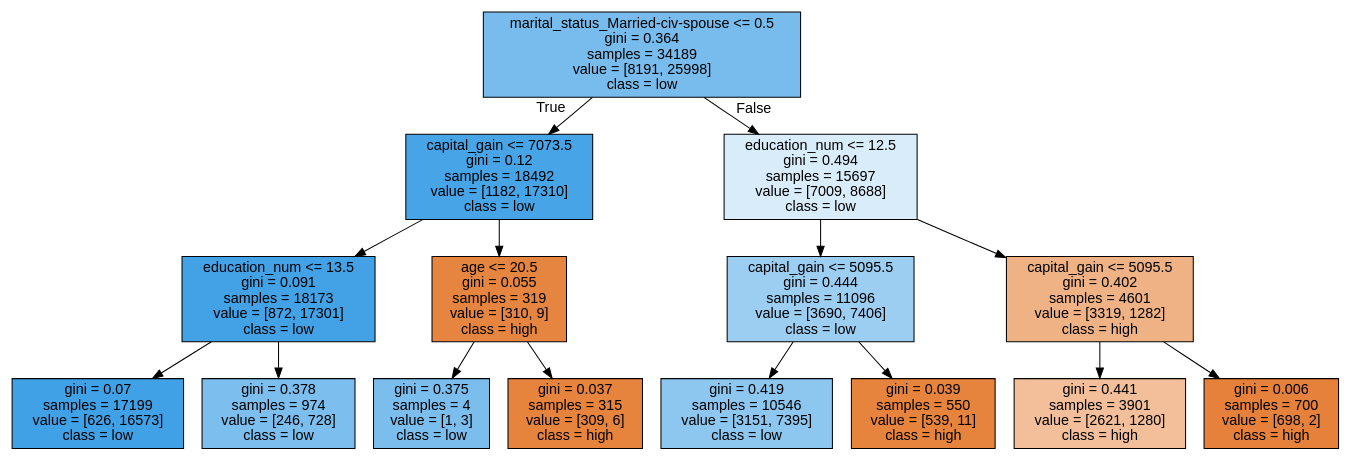
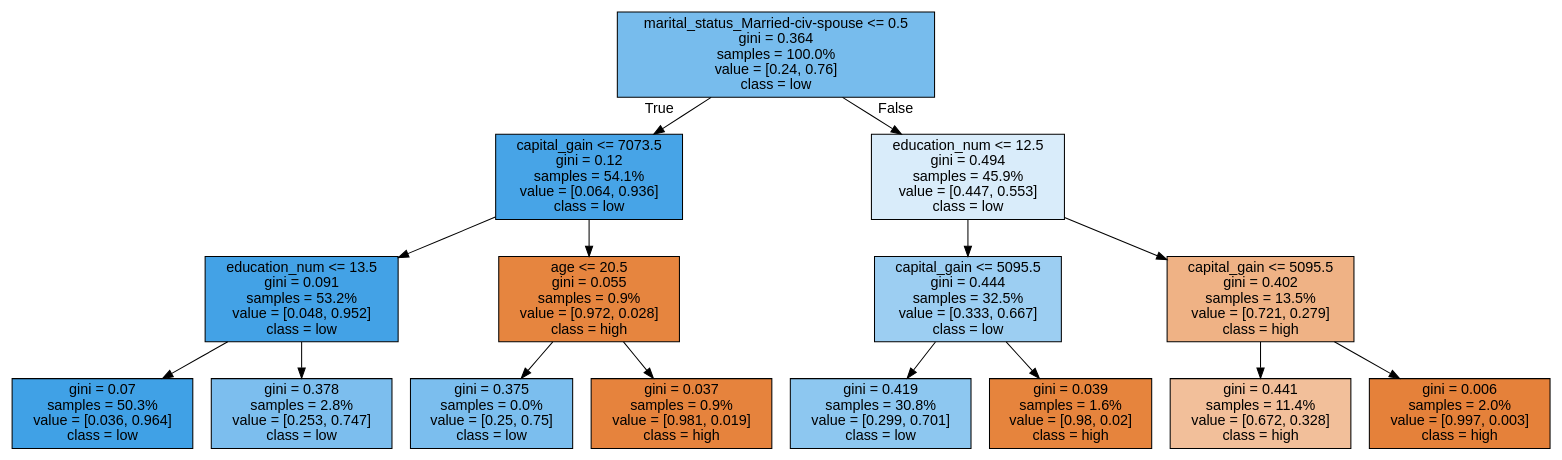
The diagram in 데이터스테이션수료/do_it파이썬/tree.dot (chlwldns00/ForDataAnalysis), drawn with Graphviz before and after one commit. The commit also changed 1 other file, not shown here.

```diff
--- a/데이터스테이션수료/do_it파이썬/tree.dot
+++ b/데이터스테이션수료/do_it파이썬/tree.dot
@@ -1,33 +1,33 @@
 digraph Tree {
 node [shape=box, style="filled", color="black", fontname="helvetica"] ;
 edge [fontname="helvetica"] ;
-0 [label="marital_status_Married-civ-spouse <= 0.5\ngini = 0.364\nsamples = 34189\nvalue = [8191, 25998]\nclass = low", fillcolor="#77bced"] ;
-1 [label="capital_gain <= 7073.5\ngini = 0.12\nsamples = 18492\nvalue = [1182, 17310]\nclass = low", fillcolor="#47a4e7"] ;
+0 [label="marital_status_Married-civ-spouse <= 0.5\ngini = 0.364\nsamples = 100.0%\nvalue = [0.24, 0.76]\nclass = low", fillcolor="#77bced"] ;
+1 [label="capital_gain <= 7073.5\ngini = 0.12\nsamples = 54.1%\nvalue = [0.064, 0.936]\nclass = low", fillcolor="#47a4e7"] ;
 0 -> 1 [labeldistance=2.5, labelangle=45, headlabel="True"] ;
-2 [label="education_num <= 13.5\ngini = 0.091\nsamples = 18173\nvalue = [872, 17301]\nclass = low", fillcolor="#43a2e6"] ;
+2 [label="education_num <= 13.5\ngini = 0.091\nsamples = 53.2%\nvalue = [0.048, 0.952]\nclass = low", fillcolor="#43a2e6"] ;
 1 -> 2 ;
-3 [label="gini = 0.07\nsamples = 17199\nvalue = [626, 16573]\nclass = low", fillcolor="#40a1e6"] ;
+3 [label="gini = 0.07\nsamples = 50.3%\nvalue = [0.036, 0.964]\nclass = low", fillcolor="#40a1e6"] ;
 2 -> 3 ;
-4 [label="gini = 0.378\nsamples = 974\nvalue = [246, 728]\nclass = low", fillcolor="#7cbeee"] ;
+4 [label="gini = 0.378\nsamples = 2.8%\nvalue = [0.253, 0.747]\nclass = low", fillcolor="#7cbeee"] ;
 2 -> 4 ;
-5 [label="age <= 20.5\ngini = 0.055\nsamples = 319\nvalue = [310, 9]\nclass = high", fillcolor="#e6853f"] ;
+5 [label="age <= 20.5\ngini = 0.055\nsamples = 0.9%\nvalue = [0.972, 0.028]\nclass = high", fillcolor="#e6853f"] ;
 1 -> 5 ;
-6 [label="gini = 0.375\nsamples = 4\nvalue = [1, 3]\nclass = low", fillcolor="#7bbeee"] ;
+6 [label="gini = 0.375\nsamples = 0.0%\nvalue = [0.25, 0.75]\nclass = low", fillcolor="#7bbeee"] ;
 5 -> 6 ;
-7 [label="gini = 0.037\nsamples = 315\nvalue = [309, 6]\nclass = high", fillcolor="#e6833d"] ;
+7 [label="gini = 0.037\nsamples = 0.9%\nvalue = [0.981, 0.019]\nclass = high", fillcolor="#e6833d"] ;
 5 -> 7 ;
-8 [label="education_num <= 12.5\ngini = 0.494\nsamples = 15697\nvalue = [7009, 8688]\nclass = low", fillcolor="#d9ecfa"] ;
+8 [label="education_num <= 12.5\ngini = 0.494\nsamples = 45.9%\nvalue = [0.447, 0.553]\nclass = low", fillcolor="#d9ecfa"] ;
 0 -> 8 [labeldistance=2.5, labelangle=-45, headlabel="False"] ;
-9 [label="capital_gain <= 5095.5\ngini = 0.444\nsamples = 11096\nvalue = [3690, 7406]\nclass = low", fillcolor="#9ccef2"] ;
+9 [label="capital_gain <= 5095.5\ngini = 0.444\nsamples = 32.5%\nvalue = [0.333, 0.667]\nclass = low", fillcolor="#9ccef2"] ;
 8 -> 9 ;
-10 [label="gini = 0.419\nsamples = 10546\nvalue = [3151, 7395]\nclass = low", fillcolor="#8dc7f0"] ;
+10 [label="gini = 0.419\nsamples = 30.8%\nvalue = [0.299, 0.701]\nclass = low", fillcolor="#8dc7f0"] ;
 9 -> 10 ;
-11 [label="gini = 0.039\nsamples = 550\nvalue = [539, 11]\nclass = high", fillcolor="#e6843d"] ;
+11 [label="gini = 0.039\nsamples = 1.6%\nvalue = [0.98, 0.02]\nclass = high", fillcolor="#e6843d"] ;
 9 -> 11 ;
-12 [label="capital_gain <= 5095.5\ngini = 0.402\nsamples = 4601\nvalue = [3319, 1282]\nclass = high", fillcolor="#efb285"] ;
+12 [label="capital_gain <= 5095.5\ngini = 0.402\nsamples = 13.5%\nvalue = [0.721, 0.279]\nclass = high", fillcolor="#efb285"] ;
 8 -> 12 ;
-13 [label="gini = 0.441\nsamples = 3901\nvalue = [2621, 1280]\nclass = high", fillcolor="#f2bf9a"] ;
+13 [label="gini = 0.441\nsamples = 11.4%\nvalue = [0.672, 0.328]\nclass = high", fillcolor="#f2bf9a"] ;
 12 -> 13 ;
-14 [label="gini = 0.006\nsamples = 700\nvalue = [698, 2]\nclass = high", fillcolor="#e5813a"] ;
+14 [label="gini = 0.006\nsamples = 2.0%\nvalue = [0.997, 0.003]\nclass = high", fillcolor="#e5813a"] ;
 12 -> 14 ;
 }
```
